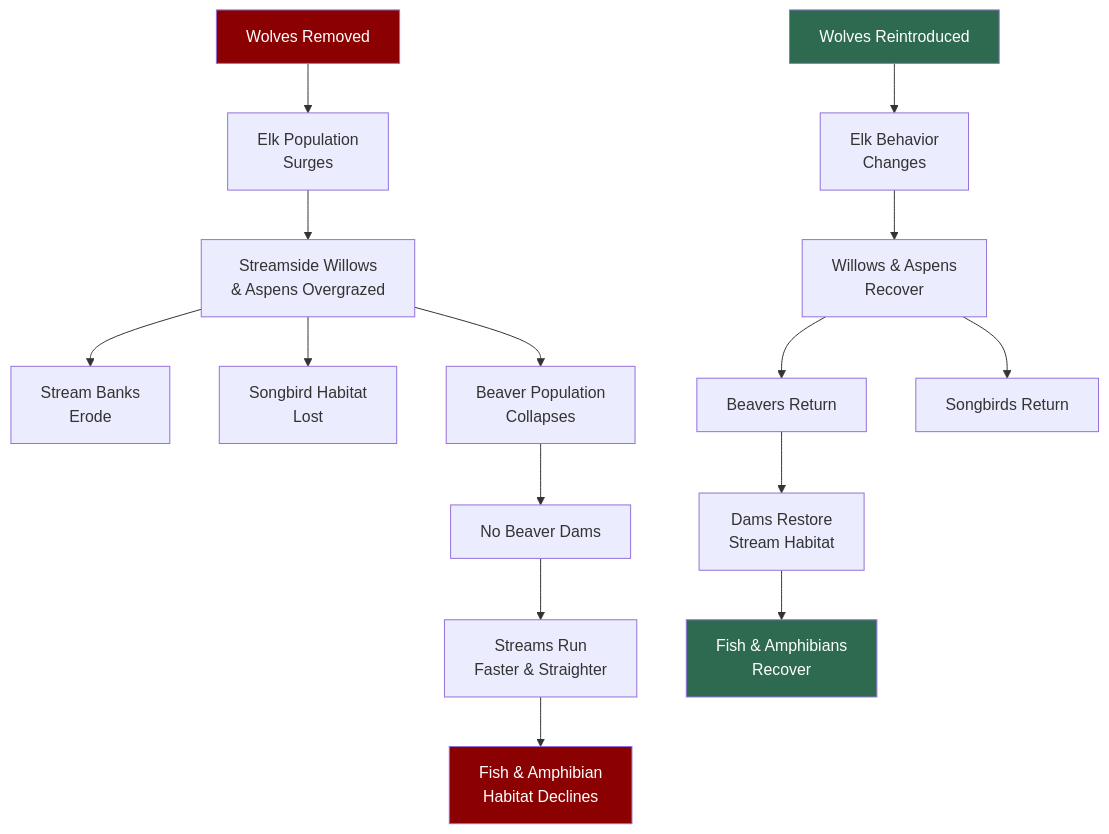
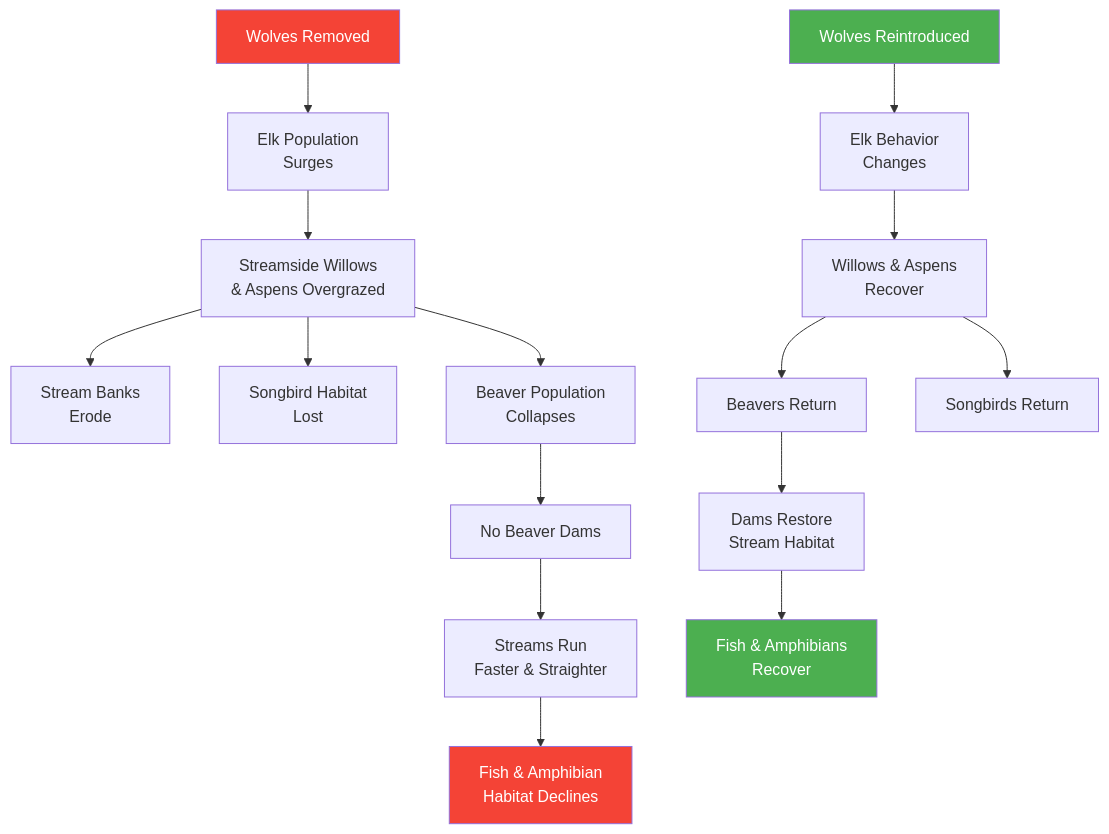
Before and after one commit to arunbatchu/minnesota-native-plants: the second of 2 diagrams in docs/chapters/15-systems-thinking-ecology/index.md, drawn with Mermaid. The commit also changed other lines of this file and 10 other files, not shown here.

First line of the commit message:
Fix Mermaid diagram colors for accessibility — high contrast palette

````diff
--- a/docs/chapters/15-systems-thinking-ecology/index.md
+++ b/docs/chapters/15-systems-thinking-ecology/index.md
@@ -165,23 +165,23 @@
 ```mermaid
 graph TD
     W["Wolves Removed"] --> E["Elk Population<br>Surges"]
     E --> OG["Streamside Willows<br>& Aspens Overgrazed"]
     OG --> EB["Stream Banks<br>Erode"]
     OG --> SB["Songbird Habitat<br>Lost"]
     OG --> BC["Beaver Population<br>Collapses"]
     BC --> ND["No Beaver Dams"]
     ND --> SF["Streams Run<br>Faster & Straighter"]
     SF --> FD["Fish & Amphibian<br>Habitat Declines"]
 
     WR["Wolves Reintroduced"] --> EC["Elk Behavior<br>Changes"]
     EC --> VR["Willows & Aspens<br>Recover"]
     VR --> BR["Beavers Return"]
     VR --> SR["Songbirds Return"]
     BR --> DR["Dams Restore<br>Stream Habitat"]
     DR --> FR["Fish & Amphibians<br>Recover"]
 
-    style W fill:#8b0000,color:#fff
-    style WR fill:#2d6a4f,color:#fff
-    style FD fill:#8b0000,color:#fff
-    style FR fill:#2d6a4f,color:#fff
+    style W fill:#F44336,color:#fff
+    style WR fill:#4CAF50,color:#fff
+    style FD fill:#F44336,color:#fff
+    style FR fill:#4CAF50,color:#fff
 ```
````
